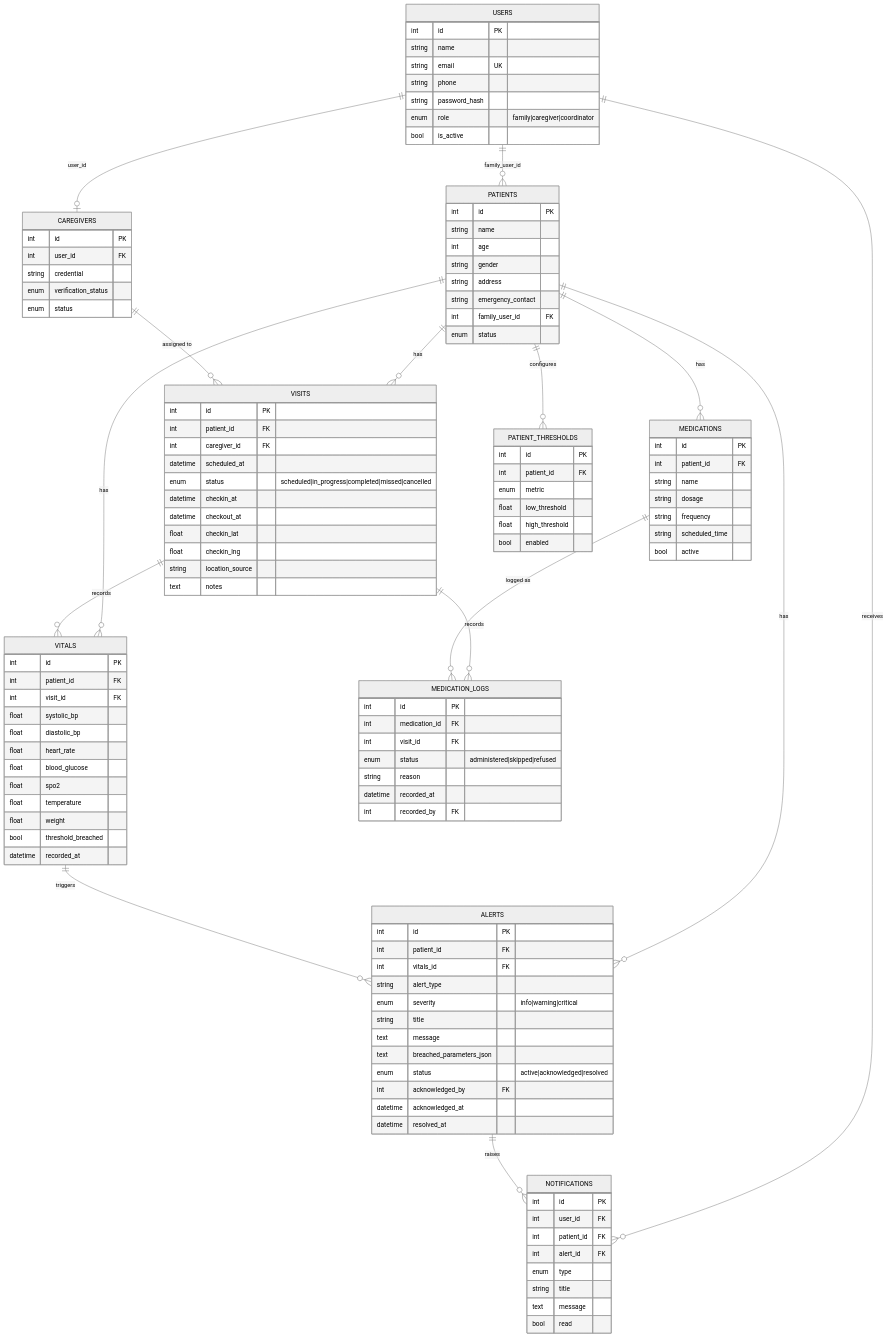
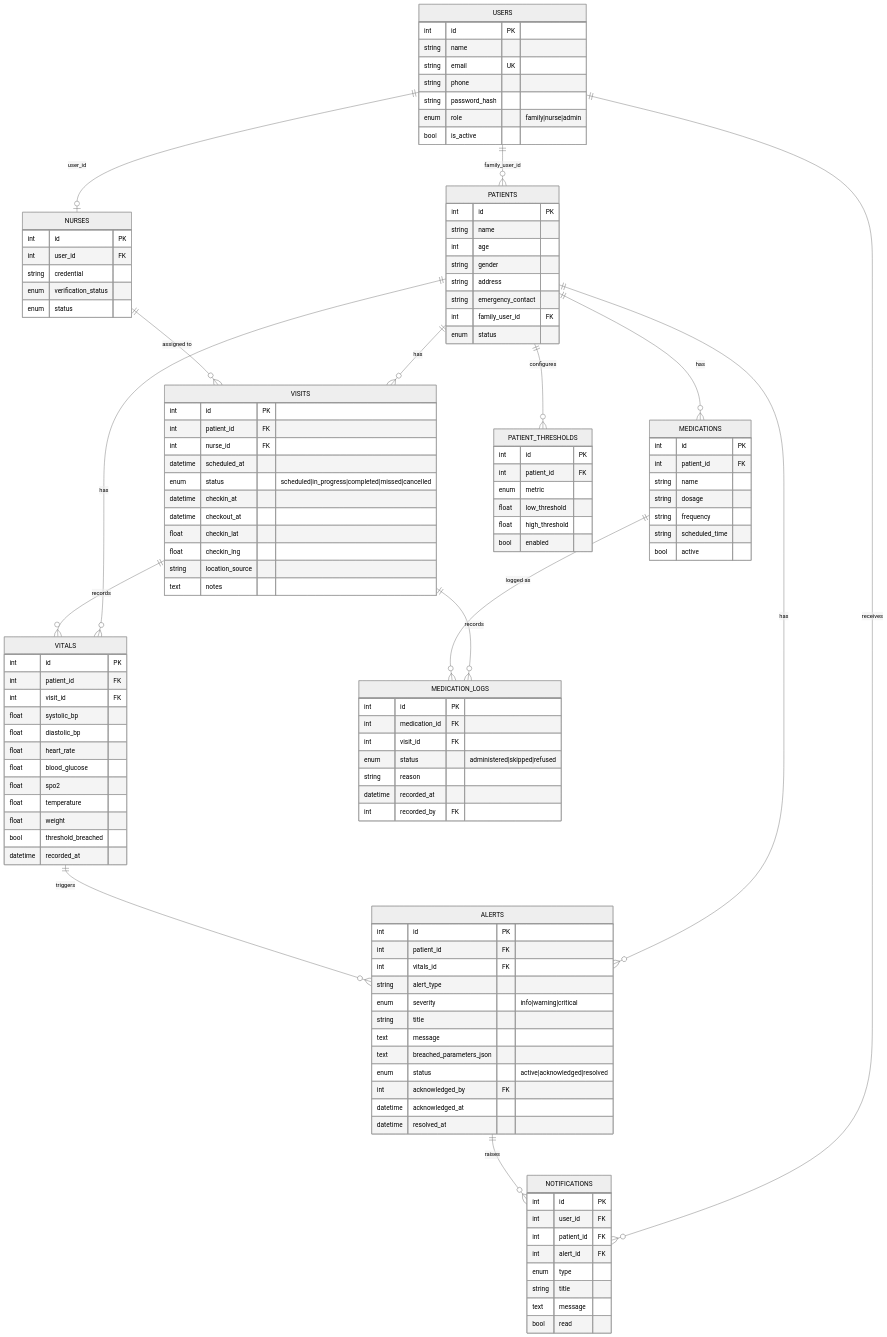
The second of 6 diagrams in DESIGN.md (SaranAdhith/DoorDoctor), drawn with Mermaid (neutral theme) before and after one commit. The commit also changed other lines of this file and 55 other files, not shown here.

First line of the commit message:
refactor: rename caregiver→nurse and coordinator→admin across the platform

````diff
--- a/DESIGN.md
+++ b/DESIGN.md
@@ -94,14 +94,14 @@
 ```mermaid
 erDiagram
     USERS ||--o{ PATIENTS : "family_user_id"
-    USERS ||--o| CAREGIVERS : "user_id"
+    USERS ||--o| NURSES : "user_id"
     USERS ||--o{ NOTIFICATIONS : receives
     PATIENTS ||--o{ VISITS : has
     PATIENTS ||--o{ VITALS : has
     PATIENTS ||--o{ MEDICATIONS : has
     PATIENTS ||--o{ ALERTS : has
     PATIENTS ||--o{ PATIENT_THRESHOLDS : configures
-    CAREGIVERS ||--o{ VISITS : "assigned to"
+    NURSES ||--o{ VISITS : "assigned to"
     VISITS ||--o{ VITALS : records
     VISITS ||--o{ MEDICATION_LOGS : records
     MEDICATIONS ||--o{ MEDICATION_LOGS : "logged as"
@@ -114,7 +114,7 @@
         string email UK
         string phone
         string password_hash
-        enum role "family|caregiver|coordinator"
+        enum role "family|nurse|admin"
         bool is_active
     }
     PATIENTS {
@@ -127,7 +127,7 @@
         int family_user_id FK
         enum status
     }
-    CAREGIVERS {
+    NURSES {
         int id PK
         int user_id FK
         string credential
@@ -137,7 +137,7 @@
     VISITS {
         int id PK
         int patient_id FK
-        int caregiver_id FK
+        int nurse_id FK
         datetime scheduled_at
         enum status "scheduled|in_progress|completed|missed|cancelled"
         datetime checkin_at
````
